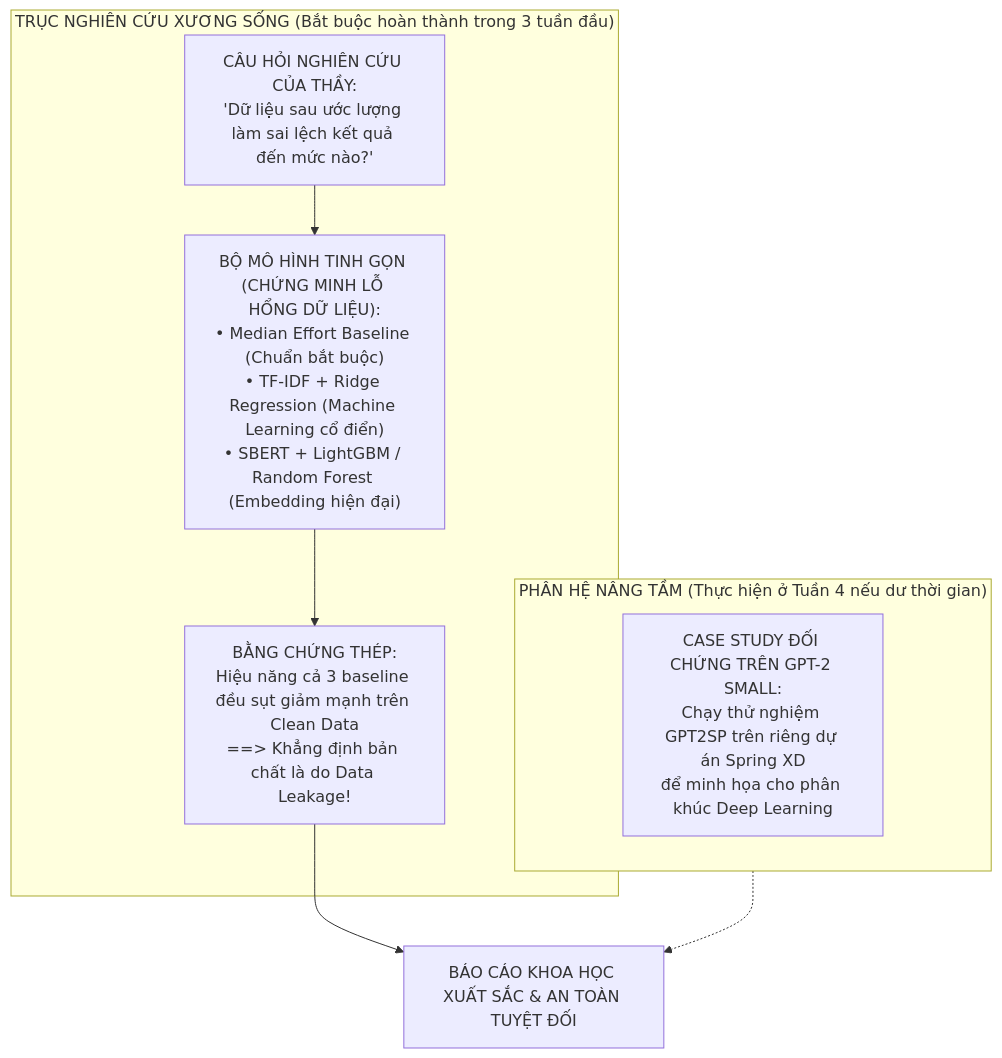
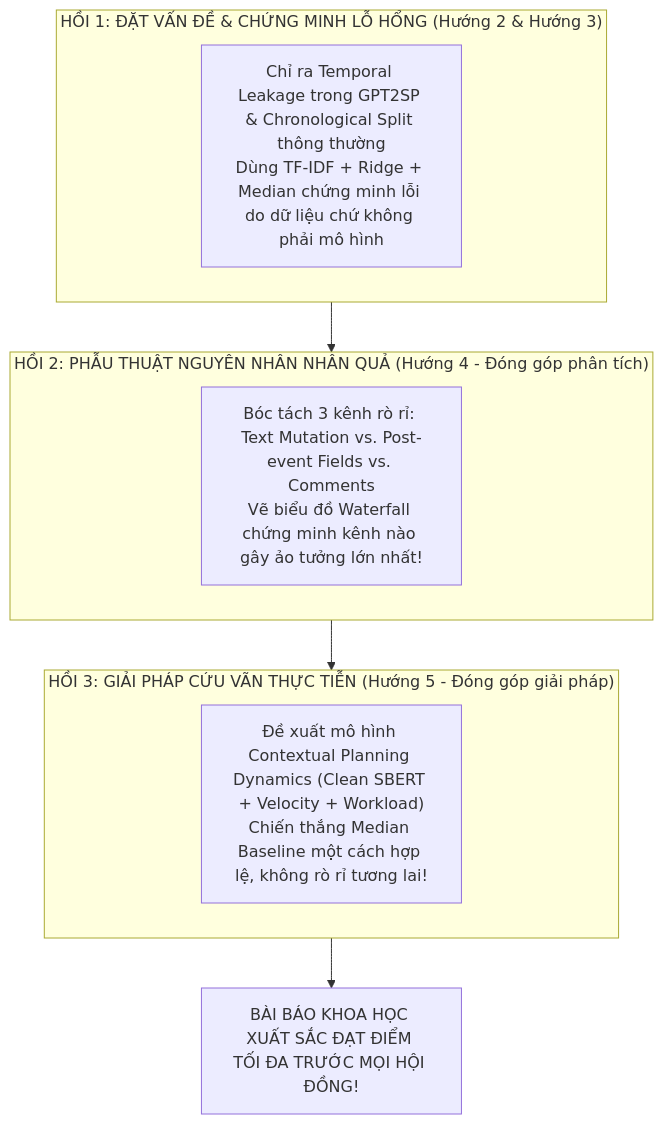
One commit to snowflake-vibing/NCKH_Johnny_Snowflake changed the second of 2 diagrams in docs/articles/paper-information/critical-thinking/10_research_directions_critical_evaluation.md. Above: the diagram before and after it, drawn with Mermaid. The commit also changed other lines of this file and 1 other file, not shown here.

````diff
--- a/docs/articles/paper-information/critical-thinking/10_research_directions_critical_evaluation.md
+++ b/docs/articles/paper-information/critical-thinking/10_research_directions_critical_evaluation.md
@@ -104,16 +140,16 @@
 ```mermaid
 flowchart TD
-    subgraph Core["TRỤC NGHIÊN CỨU XƯƠNG SỐNG (Bắt buộc hoàn thành trong 3 tuần đầu)"]
-        Q["CÂU HỎI NGHIÊN CỨU CỦA THẦY:<br/>'Dữ liệu sau ước lượng làm sai lệch kết quả đến mức nào?'"]
-        M1["BỘ MÔ HÌNH TINH GỌN (CHỨNG MINH LỖ HỔNG DỮ LIỆU):<br/>• Median Effort Baseline (Chuẩn bắt buộc)<br/>• TF-IDF + Ridge Regression (Machine Learning cổ điển)<br/>• SBERT + LightGBM / Random Forest (Embedding hiện đại)"]
-        Q --> M1
-        M1 --> Out1["BẰNG CHỨNG THÉP:<br/>Hiệu năng cả 3 baseline đều sụt giảm mạnh trên Clean Data<br/>==> Khẳng định bản chất là do Data Leakage!"]
+    subgraph Act1["HỒI 1: ĐẶT VẤN ĐỀ & CHỨNG MINH LỖ HỔNG (Hướng 2 & Hướng 3)"]
+        D1["Chỉ ra Temporal Leakage trong GPT2SP & Chronological Split thông thường<br/>Dùng TF-IDF + Ridge + Median chứng minh lỗi do dữ liệu chứ không phải mô hình"]
     end
 
-    subgraph Bonus["PHÂN HỆ NÂNG TẦM (Thực hiện ở Tuần 4 nếu dư thời gian)"]
-        M2["CASE STUDY ĐỐI CHỨNG TRÊN GPT-2 SMALL:<br/>Chạy thử nghiệm GPT2SP trên riêng dự án Spring XD<br/>để minh họa cho phân khúc Deep Learning"]
+    subgraph Act2["HỒI 2: PHẪU THUẬT NGUYÊN NHÂN NHÂN QUẢ (Hướng 4 - Đóng góp phân tích)"]
+        D2["Bóc tách 3 kênh rò rỉ: Text Mutation vs. Post-event Fields vs. Comments<br/>Vẽ biểu đồ Waterfall chứng minh kênh nào gây ảo tưởng lớn nhất!"]
     end
 
-    Out1 --> Final["BÁO CÁO KHOA HỌC XUẤT SẮC & AN TOÀN TUYỆT ĐỐI"]
-    Bonus -.-> Final
+    subgraph Act3["HỒI 3: GIẢI PHÁP CỨU VÃN THỰC TIỄN (Hướng 5 - Đóng góp giải pháp)"]
+        D3["Đề xuất mô hình Contextual Planning Dynamics (Clean SBERT + Velocity + Workload)<br/>Chiến thắng Median Baseline một cách hợp lệ, không rò rỉ tương lai!"]
+    end
+
+    Act1 --> Act2 --> Act3 --> Paper["BÀI BÁO KHOA HỌC XUẤT SẮC ĐẠT ĐIỂM TỐI ĐA TRƯỚC MỌI HỘI ĐỒNG!"]
 ```
````
